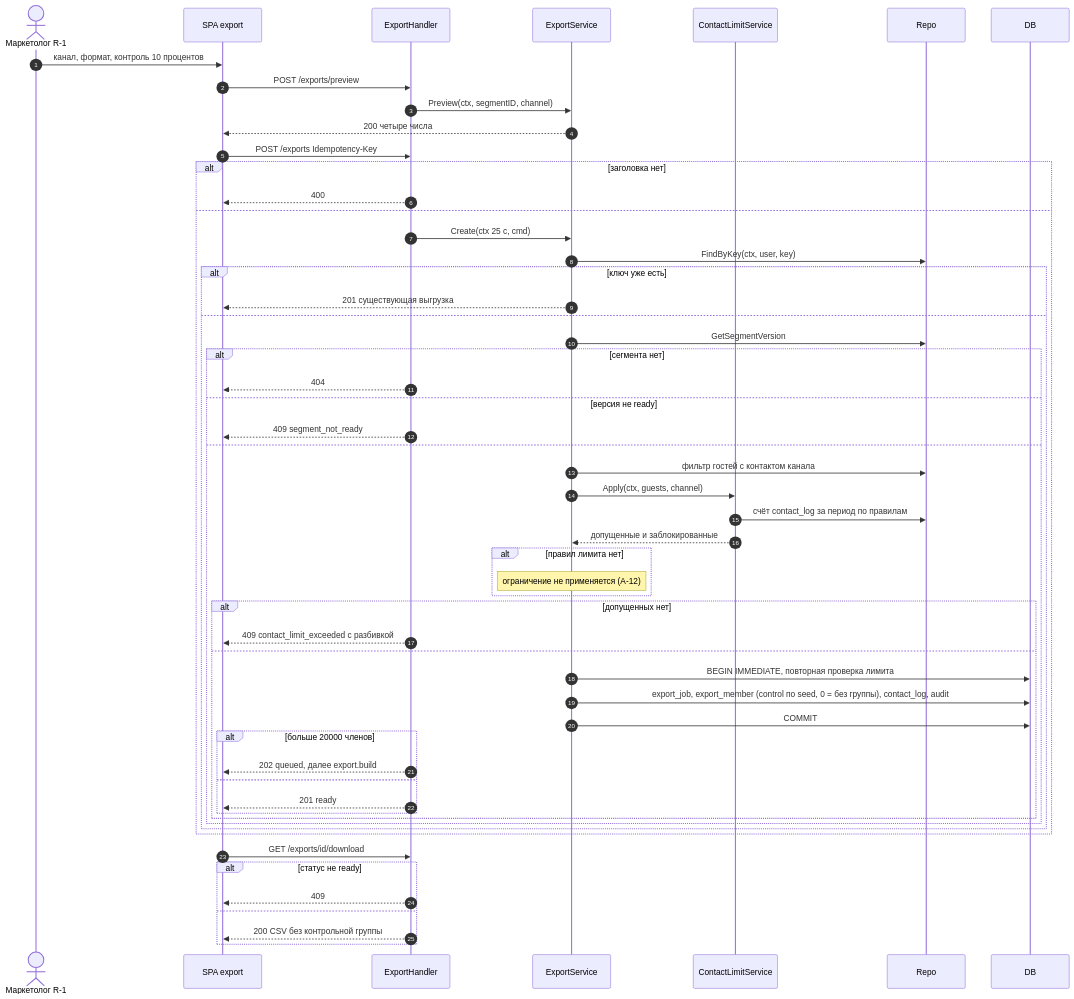
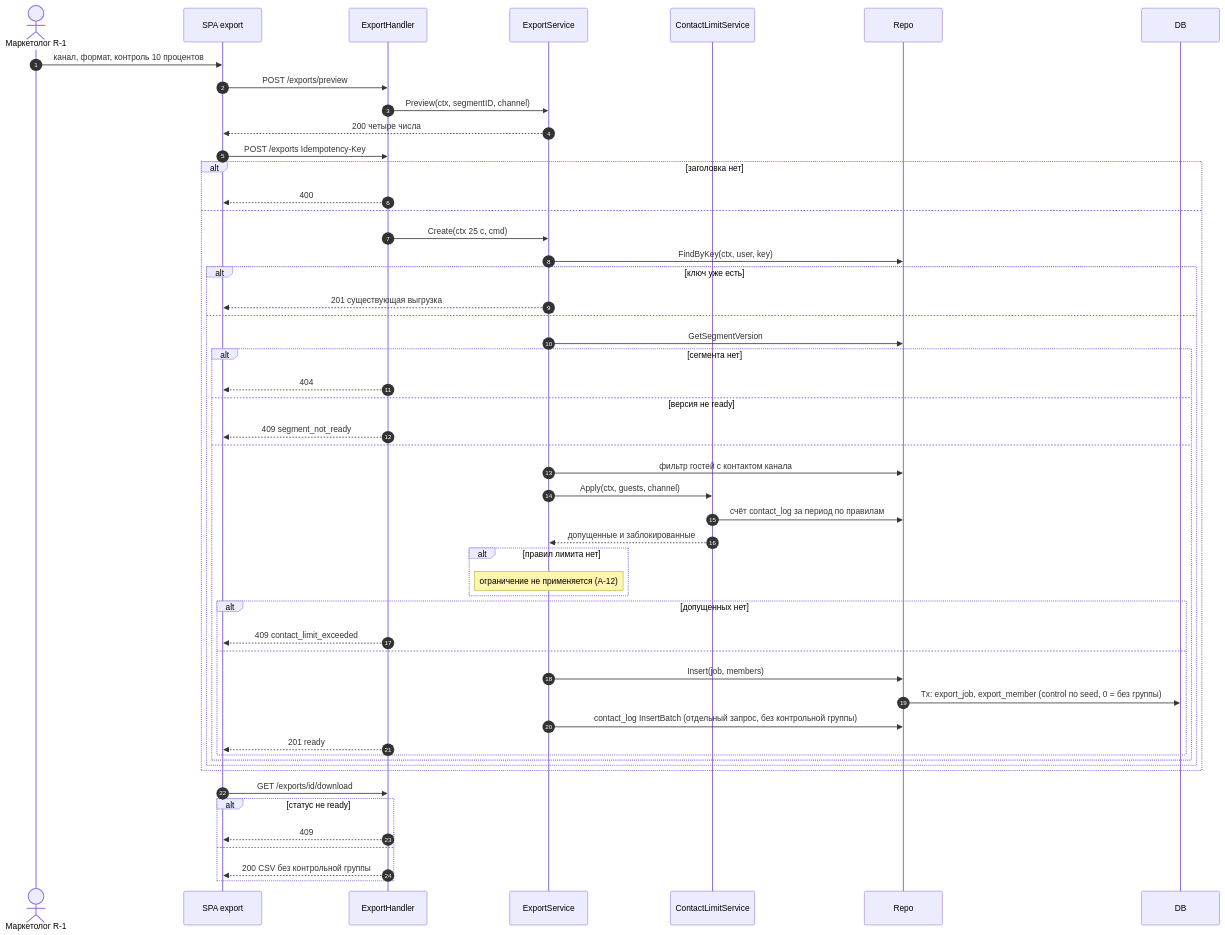
Before and after one commit to MangriMen/UCRP: the fifth of 9 diagrams in docs/design/09-sequence-diagrams.md, drawn with Mermaid. The commit also changed other lines of this file and 195 other files, not shown here.

````diff
--- a/docs/design/09-sequence-diagrams.md
+++ b/docs/design/09-sequence-diagrams.md
@@ -196,58 +196,54 @@
 ```mermaid
 sequenceDiagram
   autonumber
   actor M as Маркетолог R-1
   participant SPA as SPA export
   participant H as ExportHandler
   participant S as ExportService
   participant L as ContactLimitService
   participant R as Repo
   participant DB as DB
   M->>SPA: канал, формат, контроль 10 процентов
   SPA->>H: POST /exports/preview
   H->>S: Preview(ctx, segmentID, channel)
   S-->>SPA: 200 четыре числа
   SPA->>H: POST /exports Idempotency-Key
   alt заголовка нет
     H-->>SPA: 400
   else
     H->>S: Create(ctx 25 с, cmd)
     S->>R: FindByKey(ctx, user, key)
     alt ключ уже есть
       S-->>SPA: 201 существующая выгрузка
     else
       S->>R: GetSegmentVersion
       alt сегмента нет
         H-->>SPA: 404
       else версия не ready
         H-->>SPA: 409 segment_not_ready
       else
         S->>R: фильтр гостей с контактом канала
         S->>L: Apply(ctx, guests, channel)
         L->>R: счёт contact_log за период по правилам
         L-->>S: допущенные и заблокированные
         alt правил лимита нет
           Note over S: ограничение не применяется (A-12)
         end
         alt допущенных нет
-          H-->>SPA: 409 contact_limit_exceeded с разбивкой
+          H-->>SPA: 409 contact_limit_exceeded
         else
-          S->>DB: BEGIN IMMEDIATE, повторная проверка лимита
-          S->>DB: export_job, export_member (control по seed, 0 = без группы), contact_log, audit
-          S->>DB: COMMIT
-          alt больше 20000 членов
-            H-->>SPA: 202 queued, далее export.build
-          else
-            H-->>SPA: 201 ready
-          end
+          S->>R: Insert(job, members)
+          R->>DB: Tx: export_job, export_member (control по seed, 0 = без группы)
+          S->>R: contact_log InsertBatch (отдельный запрос, без контрольной группы)
+          H-->>SPA: 201 ready
         end
       end
     end
   end
   SPA->>H: GET /exports/id/download
   alt статус не ready
     H-->>SPA: 409
   else
     H-->>SPA: 200 CSV без контрольной группы
   end
 ```
````
